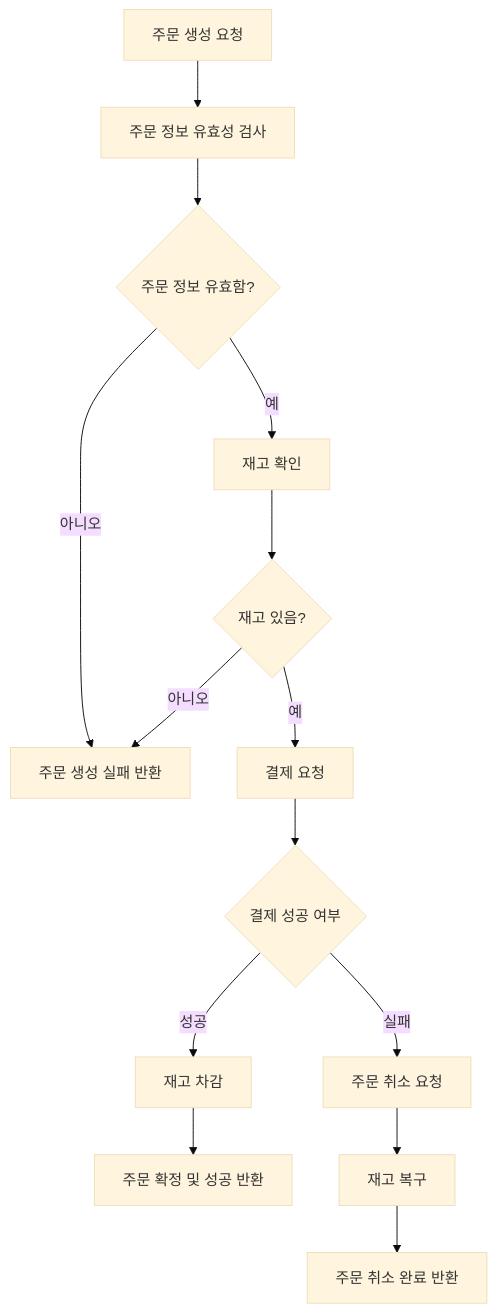
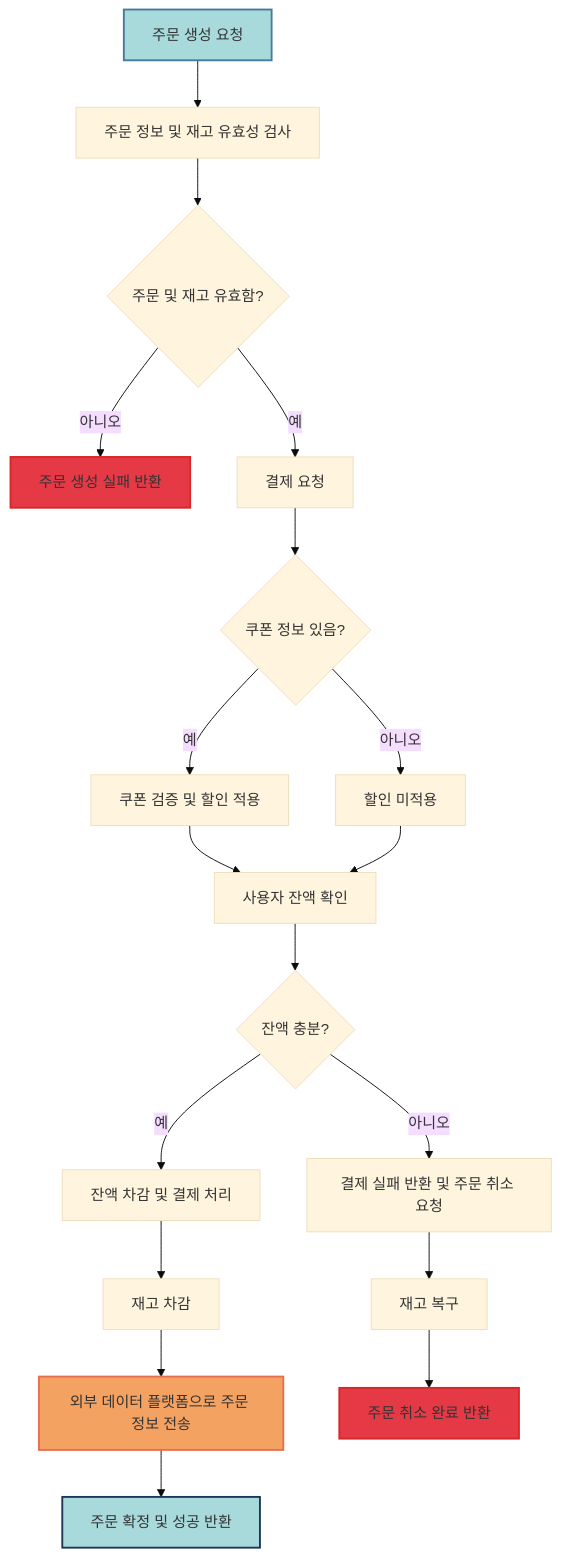
Before and after one commit to jane1721/e-commerce: the diagram in docs/flow-chart.md, drawn with Mermaid (base theme). The commit also changed other lines of this file, not shown here.

First line of the commit message:
📝Docs: Update order flow chart with coupon handling and external system integration

````diff
--- a/docs/flow-chart.md
+++ b/docs/flow-chart.md
@@ -6,16 +6,29 @@
 ```mermaid
 graph TD
-    A[주문 생성 요청] --> B[주문 정보 유효성 검사]
-    B --> C{주문 정보 유효함?}
+    A[주문 생성 요청] --> B[주문 정보 및 재고 유효성 검사]
+    B --> C{주문 및 재고 유효함?}
     C -- 아니오 --> Z[주문 생성 실패 반환]
-    C -- 예 --> D[재고 확인]
-    D --> E{재고 있음?}
-    E -- 아니오 --> Z[주문 생성 실패 반환]
-    E -- 예 --> F[결제 요청]
-    F --> G{결제 성공 여부}
-    G -- 성공 --> H[재고 차감]
-    H --> I[주문 확정 및 성공 반환]
-    G -- 실패 --> J[주문 취소 요청]
+    C -- 예 --> F[결제 요청]
+
+    F --> M{쿠폰 정보 있음?}
+    M -- 예 --> N[쿠폰 검증 및 할인 적용]
+    M -- 아니오 --> O[할인 미적용]
+    N --> G[사용자 잔액 확인]
+    O --> G
+
+    G --> P{잔액 충분?}
+    P -- 아니오 --> J[결제 실패 반환 및 주문 취소 요청]
+    P -- 예 --> Q[잔액 차감 및 결제 처리]
+
+    Q --> H[재고 차감]
+    H --> R[외부 데이터 플랫폼으로 주문 정보 전송]
+    R --> I[주문 확정 및 성공 반환]
     J --> K[재고 복구]
     K --> L[주문 취소 완료 반환]
+
+    style A fill:#a8dadc,stroke:#457b9d,stroke-width:2px
+    style I fill:#a8dadc,stroke:#1d3557,stroke-width:2px
+    style L fill:#e63946,stroke:#d62828,stroke-width:2px
+    style Z fill:#e63946,stroke:#d62828,stroke-width:2px
+    style R fill:#f4a261,stroke:#e76f51,stroke-width:2px
 ```
````
